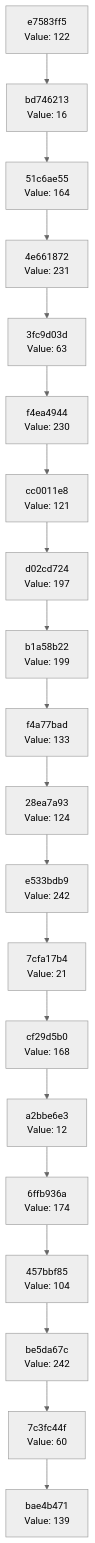
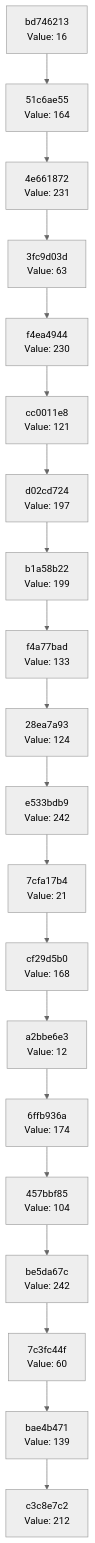
The diagram in docs/CHAIN_VISUALIZATION.md (Abhisheksinha1506/hash-chain-evolver), drawn with Mermaid (neutral theme) before and after one commit. The commit also changed 3 other files, not shown here.

````diff
--- a/docs/CHAIN_VISUALIZATION.md
+++ b/docs/CHAIN_VISUALIZATION.md
@@ -3,42 +3,42 @@
 ```mermaid
 graph TD
-    C0["bae4b471<br/>Value: 139"]
-    C1["7c3fc44f<br/>Value: 60"]
+    C0["c3c8e7c2<br/>Value: 212"]
+    C1["bae4b471<br/>Value: 139"]
     C1 --> C0
-    C2["be5da67c<br/>Value: 242"]
+    C2["7c3fc44f<br/>Value: 60"]
     C2 --> C1
-    C3["457bbf85<br/>Value: 104"]
+    C3["be5da67c<br/>Value: 242"]
     C3 --> C2
-    C4["6ffb936a<br/>Value: 174"]
+    C4["457bbf85<br/>Value: 104"]
     C4 --> C3
-    C5["a2bbe6e3<br/>Value: 12"]
+    C5["6ffb936a<br/>Value: 174"]
     C5 --> C4
-    C6["cf29d5b0<br/>Value: 168"]
+    C6["a2bbe6e3<br/>Value: 12"]
     C6 --> C5
-    C7["7cfa17b4<br/>Value: 21"]
+    C7["cf29d5b0<br/>Value: 168"]
     C7 --> C6
-    C8["e533bdb9<br/>Value: 242"]
+    C8["7cfa17b4<br/>Value: 21"]
     C8 --> C7
-    C9["28ea7a93<br/>Value: 124"]
+    C9["e533bdb9<br/>Value: 242"]
     C9 --> C8
-    C10["f4a77bad<br/>Value: 133"]
+    C10["28ea7a93<br/>Value: 124"]
     C10 --> C9
-    C11["b1a58b22<br/>Value: 199"]
+    C11["f4a77bad<br/>Value: 133"]
     C11 --> C10
-    C12["d02cd724<br/>Value: 197"]
+    C12["b1a58b22<br/>Value: 199"]
     C12 --> C11
-    C13["cc0011e8<br/>Value: 121"]
+    C13["d02cd724<br/>Value: 197"]
     C13 --> C12
-    C14["f4ea4944<br/>Value: 230"]
+    C14["cc0011e8<br/>Value: 121"]
     C14 --> C13
-    C15["3fc9d03d<br/>Value: 63"]
+    C15["f4ea4944<br/>Value: 230"]
     C15 --> C14
-    C16["4e661872<br/>Value: 231"]
+    C16["3fc9d03d<br/>Value: 63"]
     C16 --> C15
-    C17["51c6ae55<br/>Value: 164"]
+    C17["4e661872<br/>Value: 231"]
     C17 --> C16
-    C18["bd746213<br/>Value: 16"]
+    C18["51c6ae55<br/>Value: 164"]
     C18 --> C17
-    C19["e7583ff5<br/>Value: 122"]
+    C19["bd746213<br/>Value: 16"]
     C19 --> C18
 ```
````
